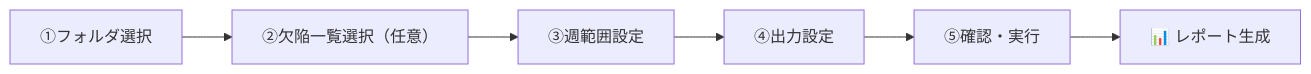
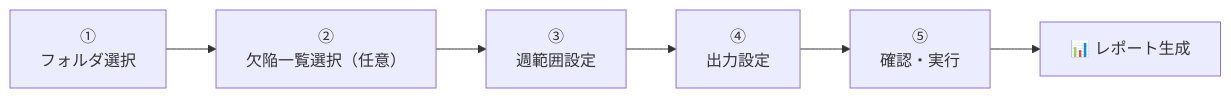
One commit to makio-dev/test-progress-collector changed the second of 2 diagrams in docs/機能概要.md. Above: the diagram before and after it, drawn with Mermaid. The commit also changed other lines of this file and 2 other files, not shown here.

Commit message:
ドキュメント修正: Mermaidの改行を <br/> に変更
\n の代わりに <br/> を使用してMermaidノード内の改行を正しく表示。

````diff
--- a/docs/機能概要.md
+++ b/docs/機能概要.md
@@ -103,8 +103,8 @@
 ```mermaid
 flowchart LR
-    S1["①フォルダ選択"] --> S2["②欠陥一覧選択（任意）"]
-    S2 --> S3["③週範囲設定"]
-    S3 --> S4["④出力設定"]
-    S4 --> S5["⑤確認・実行"]
+    S1["①<br/>フォルダ選択"] --> S2["②<br/>欠陥一覧選択（任意）"]
+    S2 --> S3["③<br/>週範囲設定"]
+    S3 --> S4["④<br/>出力設定"]
+    S4 --> S5["⑤<br/>確認・実行"]
     S5 --> OUT["📊 レポート生成"]
 ```
````
